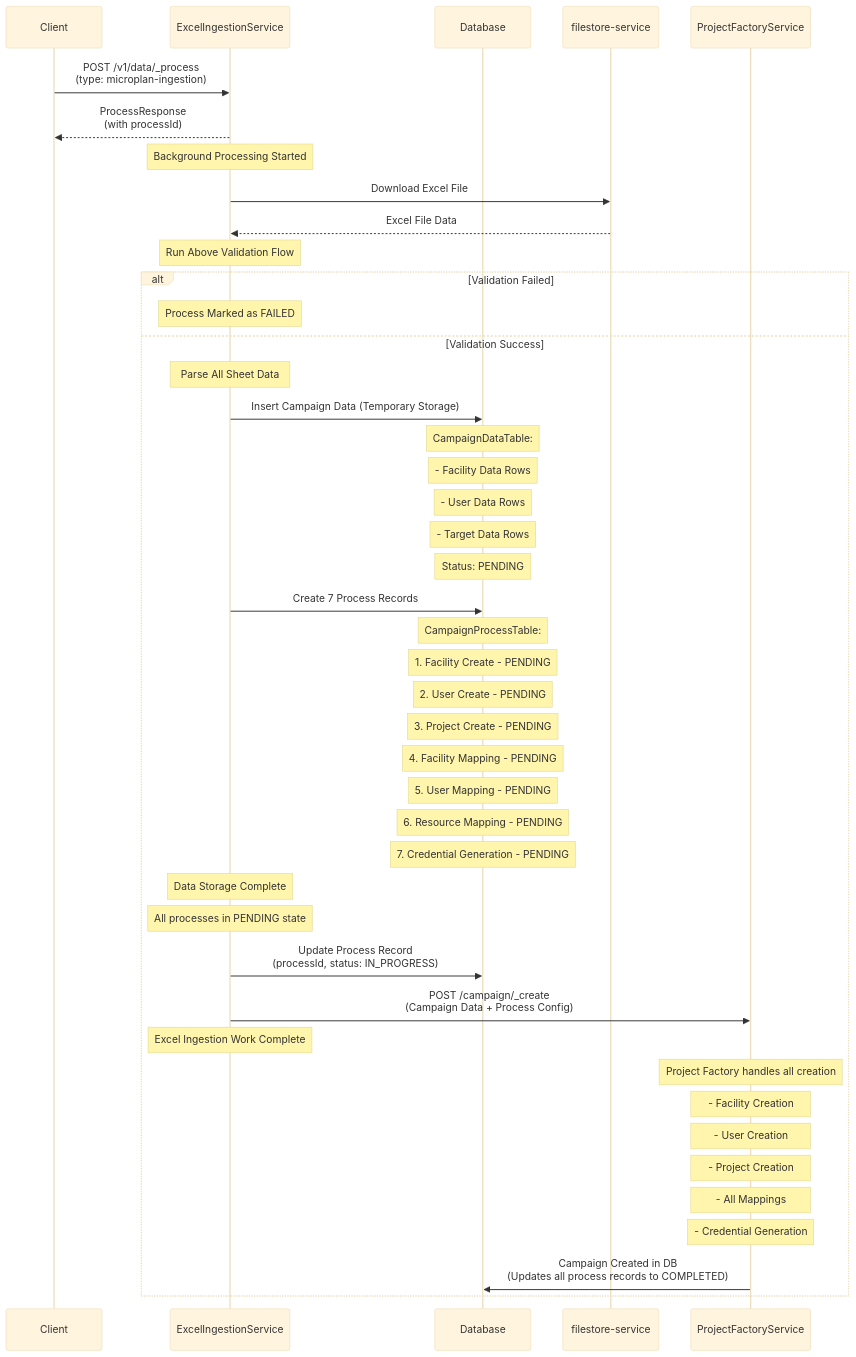
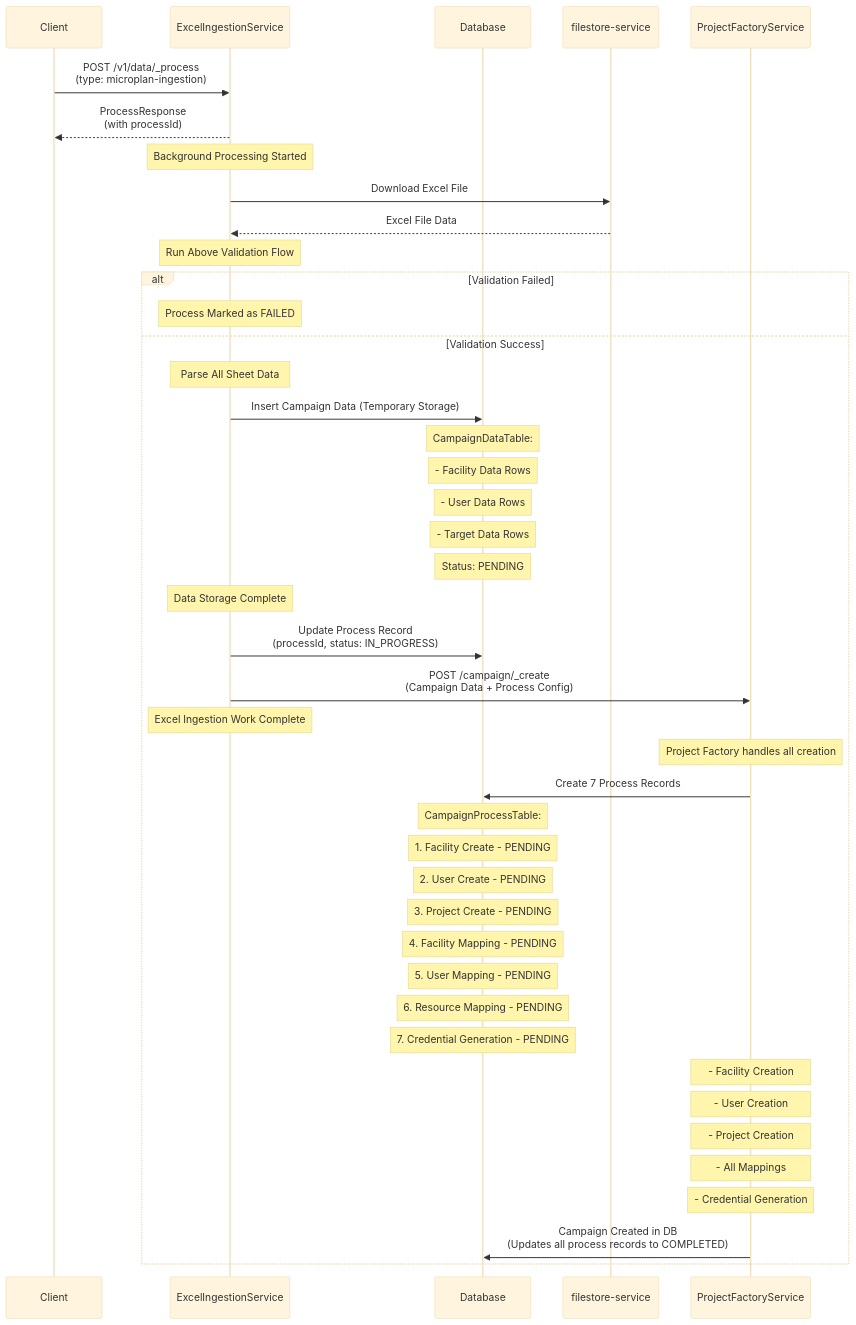
Before and after one commit to ashish-egov/campaign-whole-sheet-ingestion: the third of 3 diagrams in tempDesign.md, drawn with Mermaid (base theme).

````diff
--- a/tempDesign.md
+++ b/tempDesign.md
@@ -89,60 +89,59 @@
 ```mermaid
 sequenceDiagram
     participant Client
     participant ExcelIngestionService
     participant Database
     participant filestore-service
     participant ProjectFactoryService
     
     Client->>ExcelIngestionService: POST /v1/data/_process<br/>(type: microplan-ingestion)
     
     ExcelIngestionService-->>Client: ProcessResponse<br/>(with processId)
     
     Note over ExcelIngestionService: Background Processing Started
     
     ExcelIngestionService->>filestore-service: Download Excel File
     filestore-service-->>ExcelIngestionService: Excel File Data
     
     Note over ExcelIngestionService: Run Above Validation Flow
     
     alt Validation Failed
         Note over ExcelIngestionService: Process Marked as FAILED
     else Validation Success
     
         Note over ExcelIngestionService: Parse All Sheet Data
         
         ExcelIngestionService->>Database: Insert Campaign Data (Temporary Storage)
         Note over Database: CampaignDataTable:
         Note over Database: - Facility Data Rows
         Note over Database: - User Data Rows  
         Note over Database: - Target Data Rows
         Note over Database: Status: PENDING
         
-        ExcelIngestionService->>Database: Create 7 Process Records
+        Note over ExcelIngestionService: Data Storage Complete
+        ExcelIngestionService->>Database: Update Process Record<br/>(processId, status: IN_PROGRESS)
+        
+        ExcelIngestionService->>ProjectFactoryService: POST /campaign/_create<br/>(Campaign Data + Process Config)
+        
+        Note over ExcelIngestionService: Excel Ingestion Work Complete
+        
+        Note over ProjectFactoryService: Project Factory handles all creation
+        ProjectFactoryService->>Database: Create 7 Process Records
         Note over Database: CampaignProcessTable:
         Note over Database: 1. Facility Create - PENDING
         Note over Database: 2. User Create - PENDING
         Note over Database: 3. Project Create - PENDING
         Note over Database: 4. Facility Mapping - PENDING
         Note over Database: 5. User Mapping - PENDING
         Note over Database: 6. Resource Mapping - PENDING
         Note over Database: 7. Credential Generation - PENDING
         
-        Note over ExcelIngestionService: Data Storage Complete
-        Note over ExcelIngestionService: All processes in PENDING state
-        ExcelIngestionService->>Database: Update Process Record<br/>(processId, status: IN_PROGRESS)
-        
-        ExcelIngestionService->>ProjectFactoryService: POST /campaign/_create<br/>(Campaign Data + Process Config)
-        
-        Note over ExcelIngestionService: Excel Ingestion Work Complete
-        
-        Note over ProjectFactoryService: Project Factory handles all creation
         Note over ProjectFactoryService: - Facility Creation
         Note over ProjectFactoryService: - User Creation  
         Note over ProjectFactoryService: - Project Creation
         Note over ProjectFactoryService: - All Mappings
         Note over ProjectFactoryService: - Credential Generation
         
         ProjectFactoryService->>Database: Campaign Created in DB<br/>(Updates all process records to COMPLETED)
     end
 ```
````
